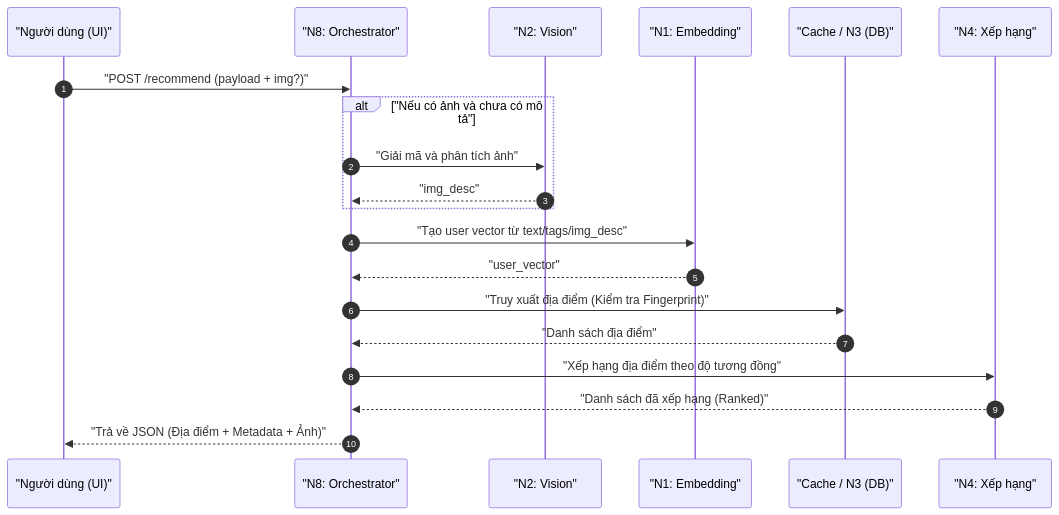
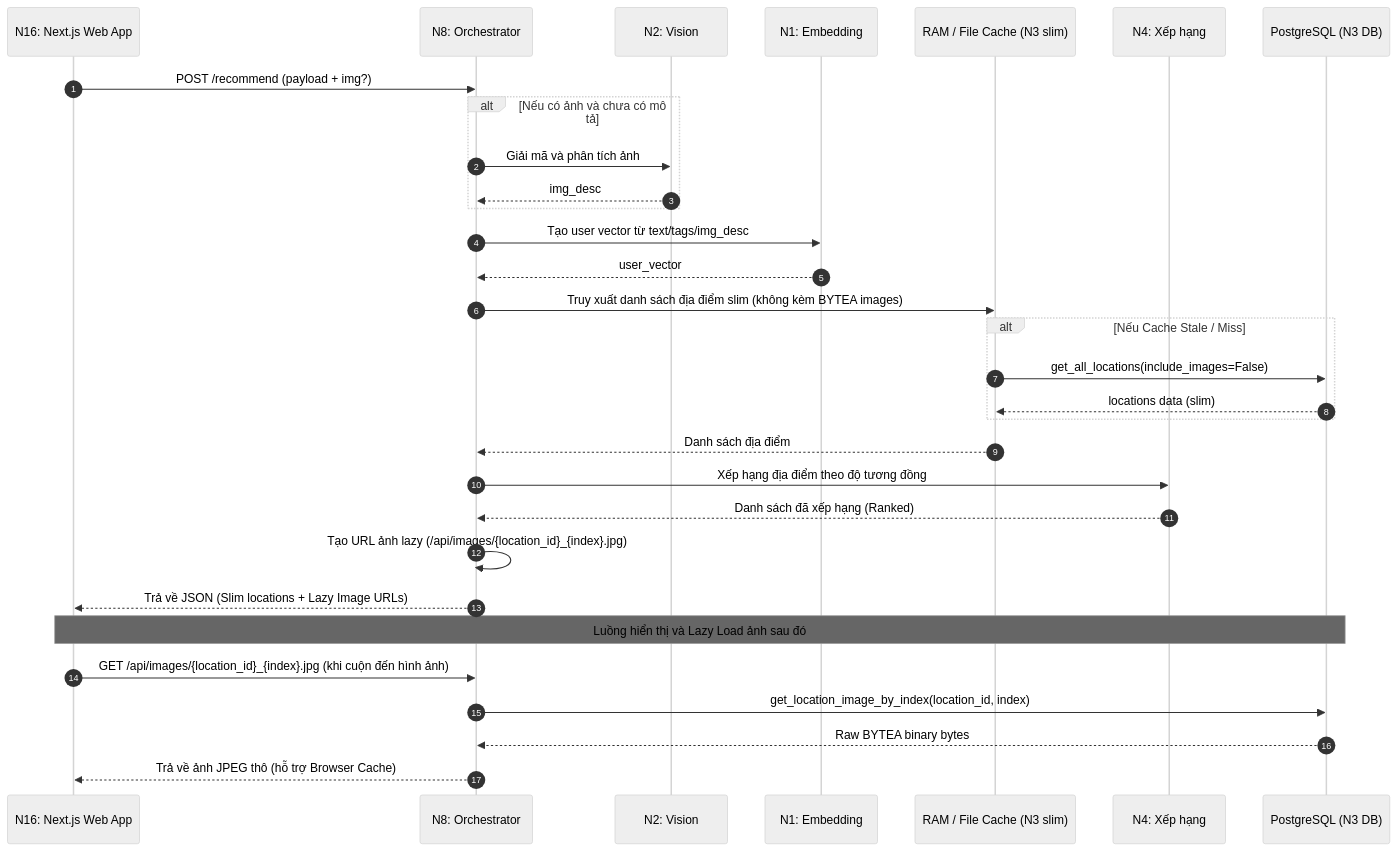
One commit to ltk6/travel-exp-planner changed the second of 6 diagrams in docs/modules/n8_orchestrator.md. Above: the diagram before and after it, drawn with Mermaid. The commit also changed other lines of this file and 70 other files, not shown here.

````diff
--- a/docs/modules/n8_orchestrator.md
+++ b/docs/modules/n8_orchestrator.md
@@ -136,28 +173,36 @@
 ```mermaid
----
-config:
-  flowchart:
-    useMaxWidth: false
----
+%%{init: { 'theme': 'neutral', 'themeVariables': { 'actorTextColor': '#000000', 'signalTextColor': '#000000', 'noteTextColor': '#000000' } }}%%
 sequenceDiagram
     autonumber
-    participant "Client" as "Người dùng (UI)"
-    participant "N8" as "N8: Orchestrator"
-    participant "N2" as "N2: Vision"
-    participant "N1" as "N1: Embedding"
-    participant "Cache" as "Cache / N3 (DB)"
-    participant "N4" as "N4: Xếp hạng"
+    participant N16 as N16: Next.js Web App
+    participant N8 as N8: Orchestrator
+    participant N2 as N2: Vision
+    participant N1 as N1: Embedding
+    participant Cache as RAM / File Cache (N3 slim)
+    participant N4 as N4: Xếp hạng
+    participant N3 as PostgreSQL (N3 DB)
 
-    "Client"->>"N8": "POST /recommend (payload + img?)"
-    alt "Nếu có ảnh và chưa có mô tả"
-        "N8"->>"N2": "Giải mã và phân tích ảnh"
-        "N2"-->>"N8": "img_desc"
+    N16->>N8: POST /recommend (payload + img?)
+    alt Nếu có ảnh và chưa có mô tả
+        N8->>N2: Giải mã và phân tích ảnh
+        N2-->>N8: img_desc
     end
-    "N8"->>"N1": "Tạo user vector từ text/tags/img_desc"
-    "N1"-->>"N8": "user_vector"
-    "N8"->>"Cache": "Truy xuất địa điểm (Kiểm tra Fingerprint)"
-    "Cache"-->>"N8": "Danh sách địa điểm"
-    "N8"->>"N4": "Xếp hạng địa điểm theo độ tương đồng"
-    "N4"-->>"N8": "Danh sách đã xếp hạng (Ranked)"
-    "N8"-->>"Client": "Trả về JSON (Địa điểm + Metadata + Ảnh)"
+    N8->>N1: Tạo user vector từ text/tags/img_desc
+    N1-->>N8: user_vector
+    N8->>Cache: Truy xuất danh sách địa điểm slim (không kèm BYTEA images)
+    alt Nếu Cache Stale / Miss
+        Cache->>N3: get_all_locations(include_images=False)
+        N3-->>Cache: locations data (slim)
+    end
+    Cache-->>N8: Danh sách địa điểm
+    N8->>N4: Xếp hạng địa điểm theo độ tương đồng
+    N4-->>N8: Danh sách đã xếp hạng (Ranked)
+    N8->>N8: Tạo URL ảnh lazy (/api/images/{location_id}_{index}.jpg)
+    N8-->>N16: Trả về JSON (Slim locations + Lazy Image URLs)
+
+    Note over N16, N3: Luồng hiển thị và Lazy Load ảnh sau đó
+    N16->>N8: GET /api/images/{location_id}_{index}.jpg (khi cuộn đến hình ảnh)
+    N8->>N3: get_location_image_by_index(location_id, index)
+    N3-->>N8: Raw BYTEA binary bytes
+    N8-->>N16: Trả về ảnh JPEG thô (hỗ trợ Browser Cache)
 ```
````
